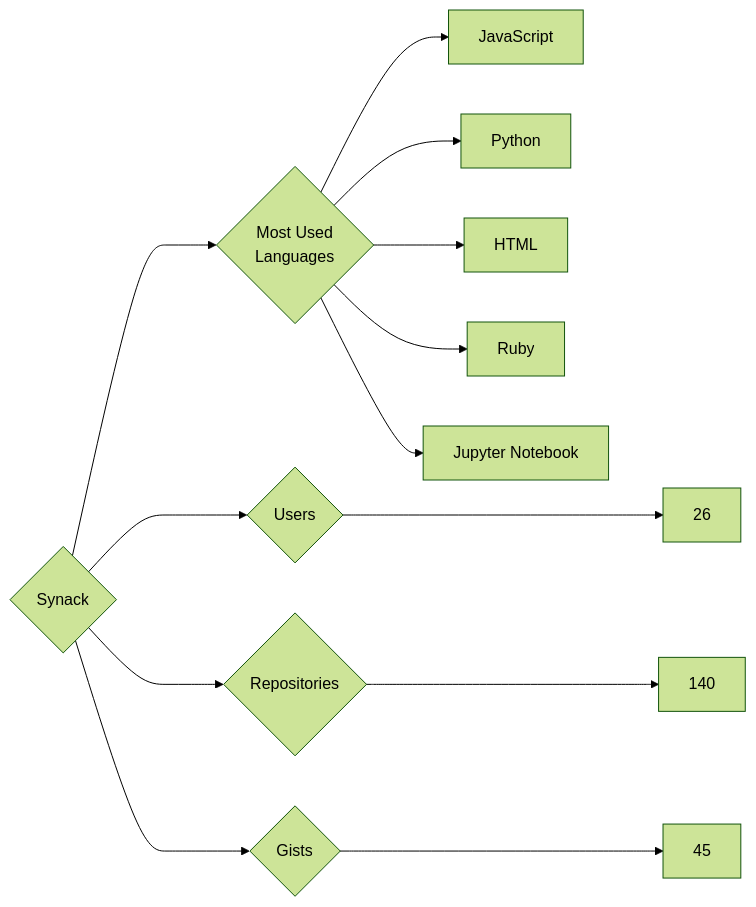
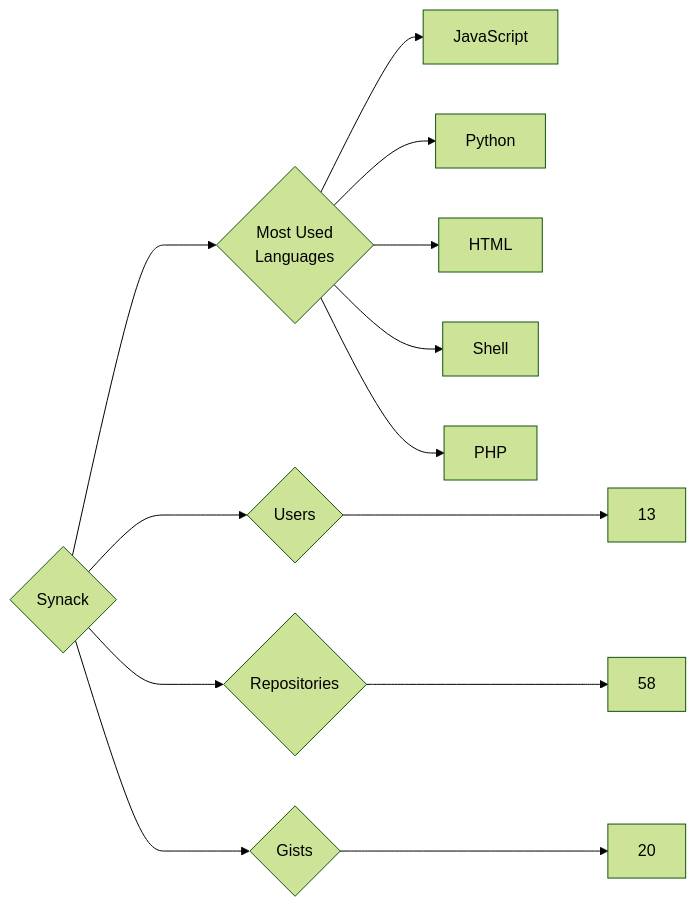
Before and after one commit to trickest/insiders: the diagram in targets/Synack/README.md, drawn with Mermaid (forest theme). The commit also changed 955 other files, not shown here.

````diff
--- a/targets/Synack/README.md
+++ b/targets/Synack/README.md
@@ -3,13 +3,13 @@
 ```mermaid
 graph LR
 COMPANY_NAME{Synack}
-COMPANY_NAME ---> U{Users} ---> UN[26]
-COMPANY_NAME ---> R{Repositories} ---> RN[140]
-COMPANY_NAME ---> G{Gists} ---> GN[45]
+COMPANY_NAME ---> U{Users} ---> UN[13]
+COMPANY_NAME ---> R{Repositories} ---> RN[58]
+COMPANY_NAME ---> G{Gists} ---> GN[20]
 COMPANY_NAME ---> ML{Most Used<br>Languages}
 ML --> JavaScript[JavaScript]
 ML --> Python[Python]
 ML --> HTML[HTML]
-ML --> Ruby[Ruby]
-ML --> Jupyter_Notebook[Jupyter Notebook]
+ML --> Shell[Shell]
+ML --> PHP[PHP]
 ```
````
